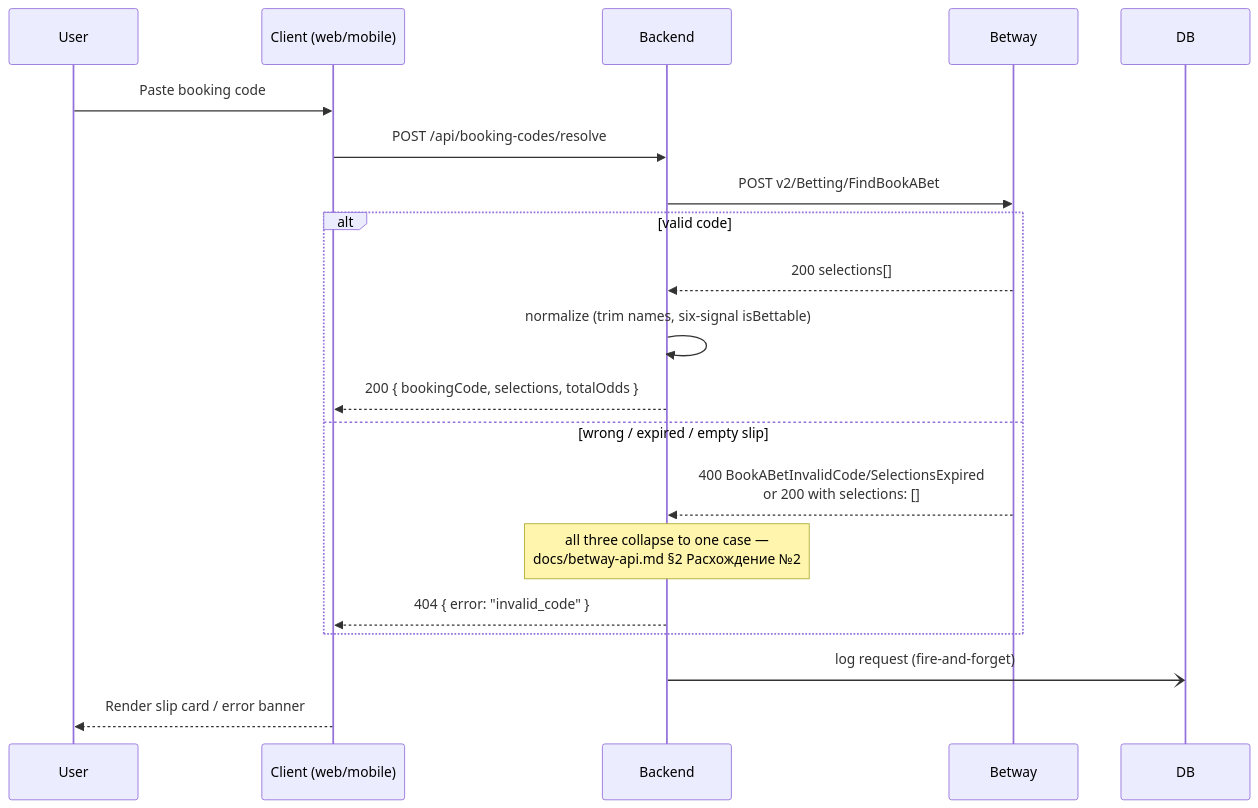
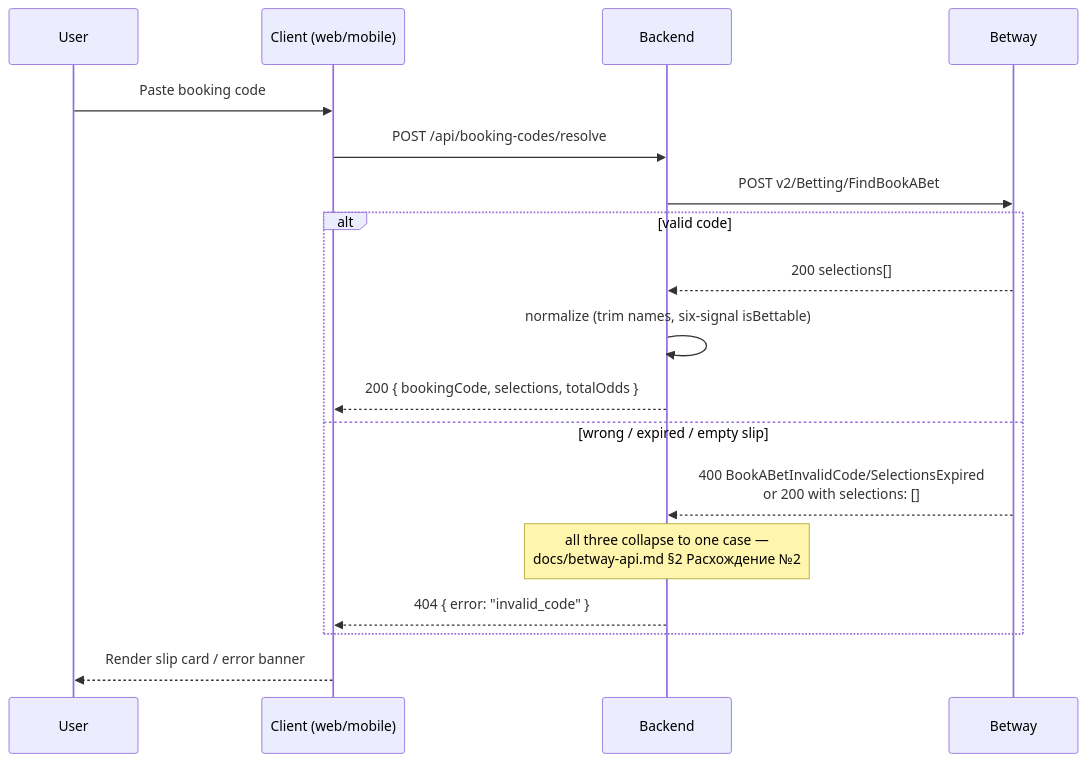
One commit to Slipcheck-Demo/backend changed the second of 4 diagrams in docs/architecture.md. Above: the diagram before and after it, drawn with Mermaid. The commit also changed other lines of this file and 25 other files, not shown here.

````diff
--- a/docs/architecture.md
+++ b/docs/architecture.md
@@ -39,22 +37,21 @@
 ```mermaid
 sequenceDiagram
     participant U as User
     participant C as Client (web/mobile)
     participant B as Backend
     participant BW as Betway
 
     U->>C: Paste booking code
     C->>B: POST /api/booking-codes/resolve
     B->>BW: POST v2/Betting/FindBookABet
     alt valid code
         BW-->>B: 200 selections[]
         B->>B: normalize (trim names, six-signal isBettable)
         B-->>C: 200 { bookingCode, selections, totalOdds }
     else wrong / expired / empty slip
         BW-->>B: 400 BookABetInvalidCode/SelectionsExpired<br/>or 200 with selections: []
         Note over B: all three collapse to one case —<br/>docs/betway-api.md §2 Расхождение №2
         B-->>C: 404 { error: "invalid_code" }
     end
-    B-)DB: log request (fire-and-forget)
     C-->>U: Render slip card / error banner
 ```
````
